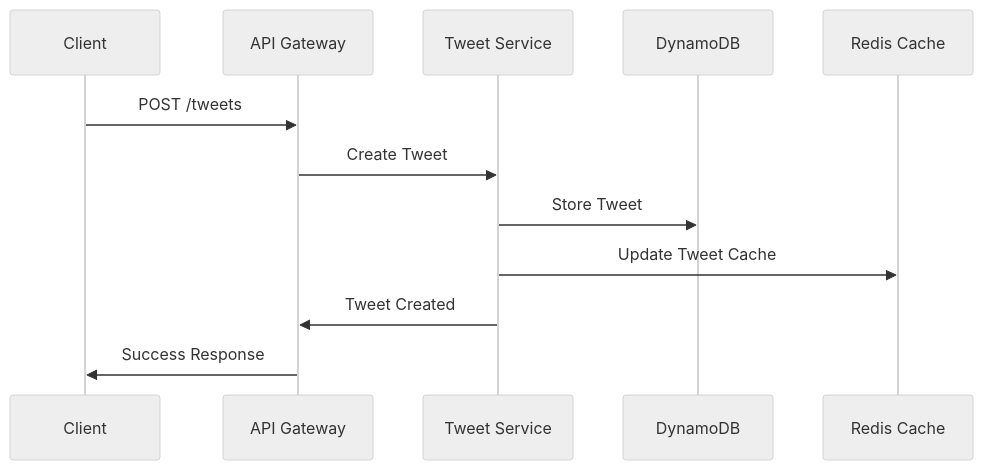
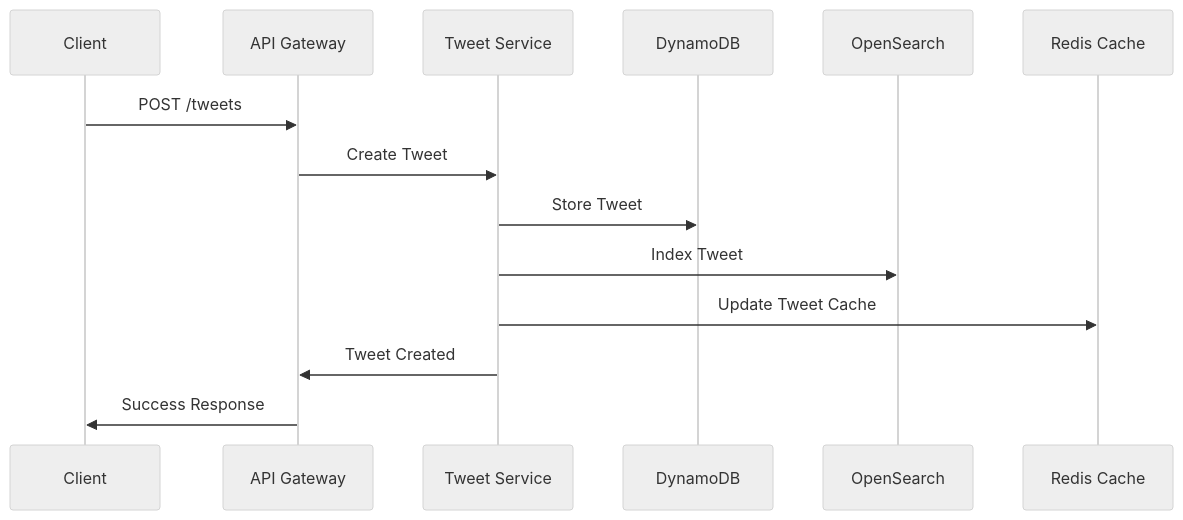
The second of 5 diagrams in architecture.md (lisandropascuali/twitter-app), drawn with Mermaid (neutral theme) before and after one commit. The commit also changed other lines of this file and 1 other file, not shown here.

Commit message:
chore: update architecture

````diff
--- a/architecture.md
+++ b/architecture.md
@@ -72,15 +64,17 @@
 ```mermaid
 sequenceDiagram
     participant C as Client
     participant AG as API Gateway
     participant TS as Tweet Service
     participant DDB as DynamoDB
+    participant OS as OpenSearch
     participant R as Redis Cache
 
     C->>AG: POST /tweets
     AG->>TS: Create Tweet
     TS->>DDB: Store Tweet
+    TS->>OS: Index Tweet
     TS->>R: Update Tweet Cache
     TS->>AG: Tweet Created
     AG->>C: Success Response
 ```
````
